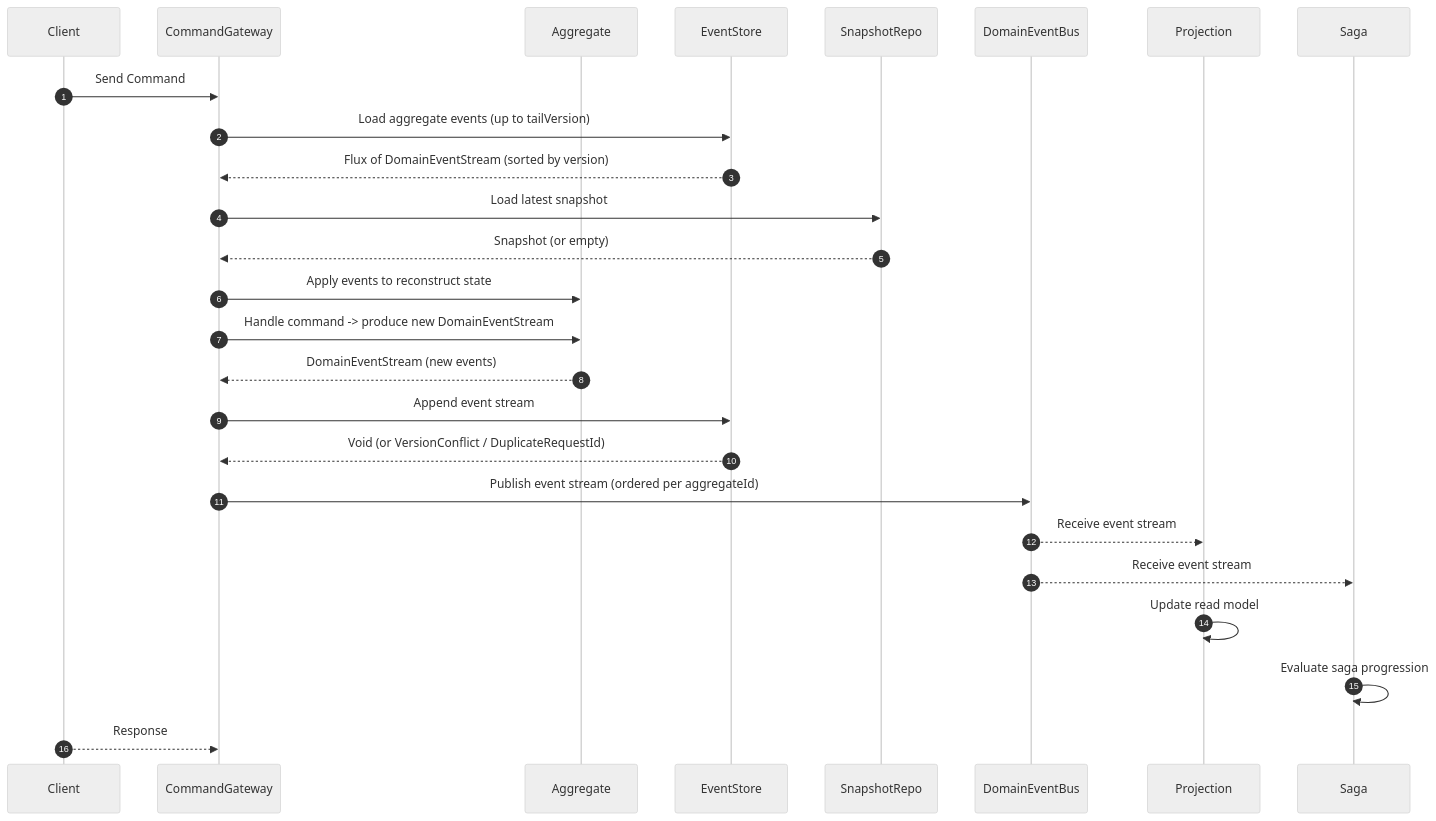
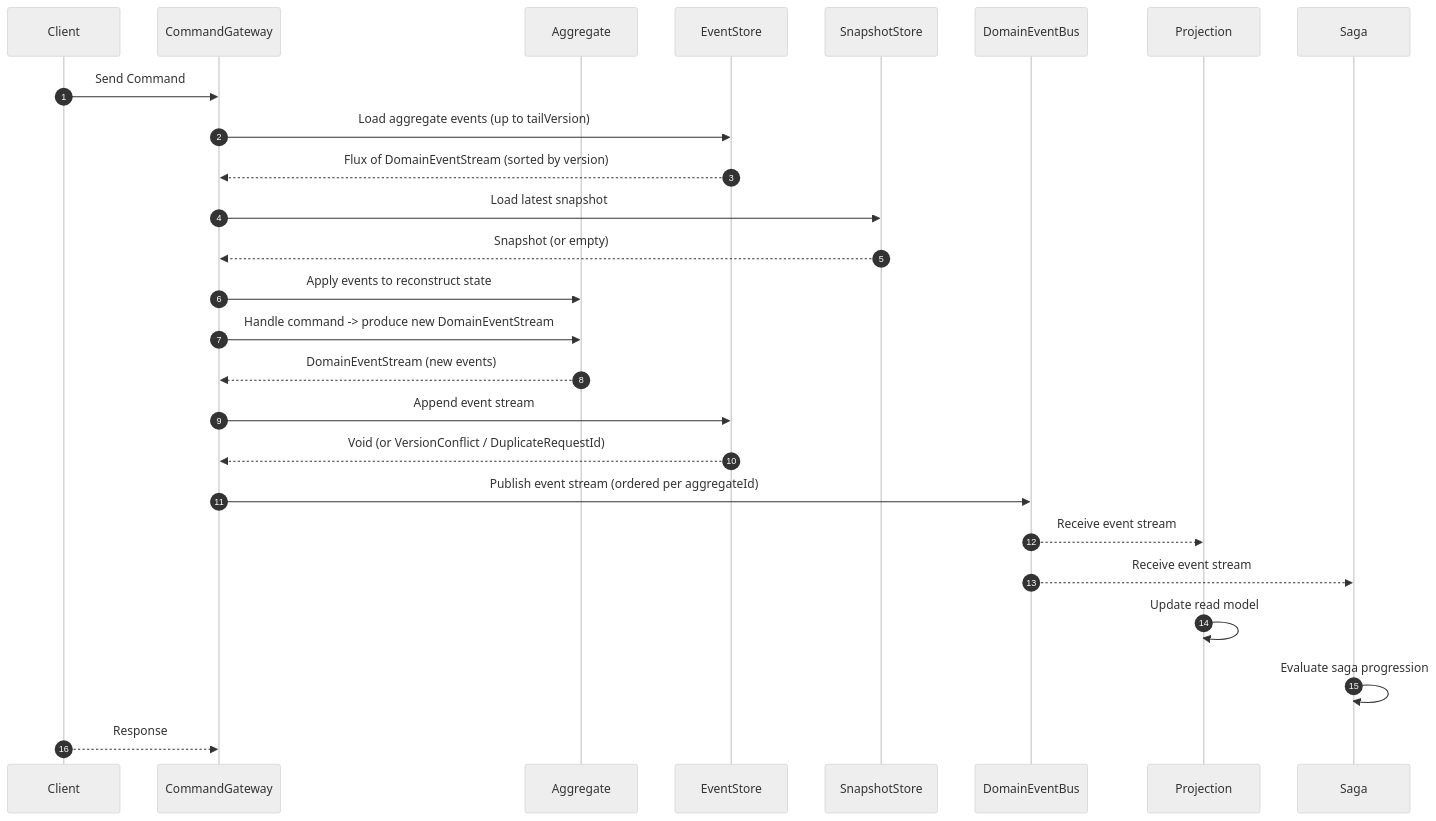
One commit to Ahoo-Wang/Wow changed the second of 4 diagrams in documentation/docs/en/guide/eventstore.md. Above: the diagram before and after it, drawn with Mermaid (neutral theme). The commit also changed other lines of this file and 36 other files, not shown here.

````diff
--- a/documentation/docs/en/guide/eventstore.md
+++ b/documentation/docs/en/guide/eventstore.md
@@ -98,29 +98,29 @@
 ```mermaid
 sequenceDiagram
     autonumber
     participant Client
     participant CommandGateway
     participant Aggregate
     participant EventStore
-    participant SnapshotRepo
+    participant SnapshotStore
     participant DomainEventBus
     participant Projection
     participant Saga
 
     Client->>CommandGateway: Send Command
     CommandGateway->>EventStore: Load aggregate events (up to tailVersion)
     EventStore-->>CommandGateway: Flux of DomainEventStream (sorted by version)
-    CommandGateway->>SnapshotRepo: Load latest snapshot
-    SnapshotRepo-->>CommandGateway: Snapshot (or empty)
+    CommandGateway->>SnapshotStore: Load latest snapshot
+    SnapshotStore-->>CommandGateway: Snapshot (or empty)
     CommandGateway->>Aggregate: Apply events to reconstruct state
     CommandGateway->>Aggregate: Handle command -> produce new DomainEventStream
     Aggregate-->>CommandGateway: DomainEventStream (new events)
     CommandGateway->>EventStore: Append event stream
     EventStore-->>CommandGateway: Void (or VersionConflict / DuplicateRequestId)
     CommandGateway->>DomainEventBus: Publish event stream (ordered per aggregateId)
     DomainEventBus-->>Projection: Receive event stream
     DomainEventBus-->>Saga: Receive event stream
     Projection->>Projection: Update read model
     Saga->>Saga: Evaluate saga progression
     Client-->>CommandGateway: Response
 ```
````
